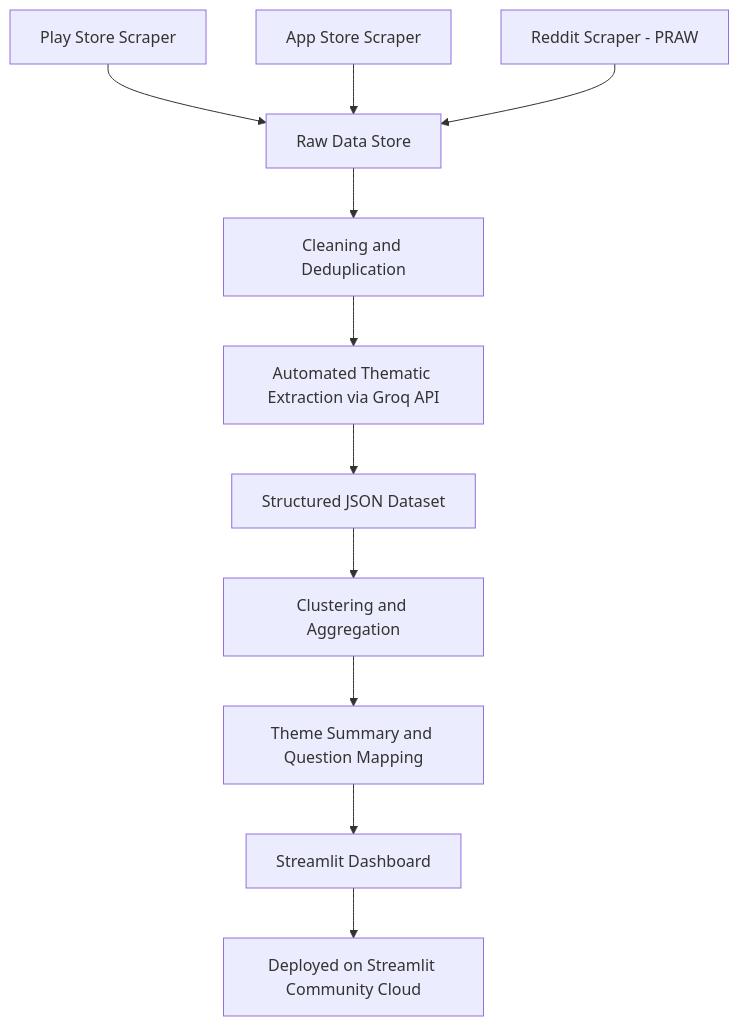
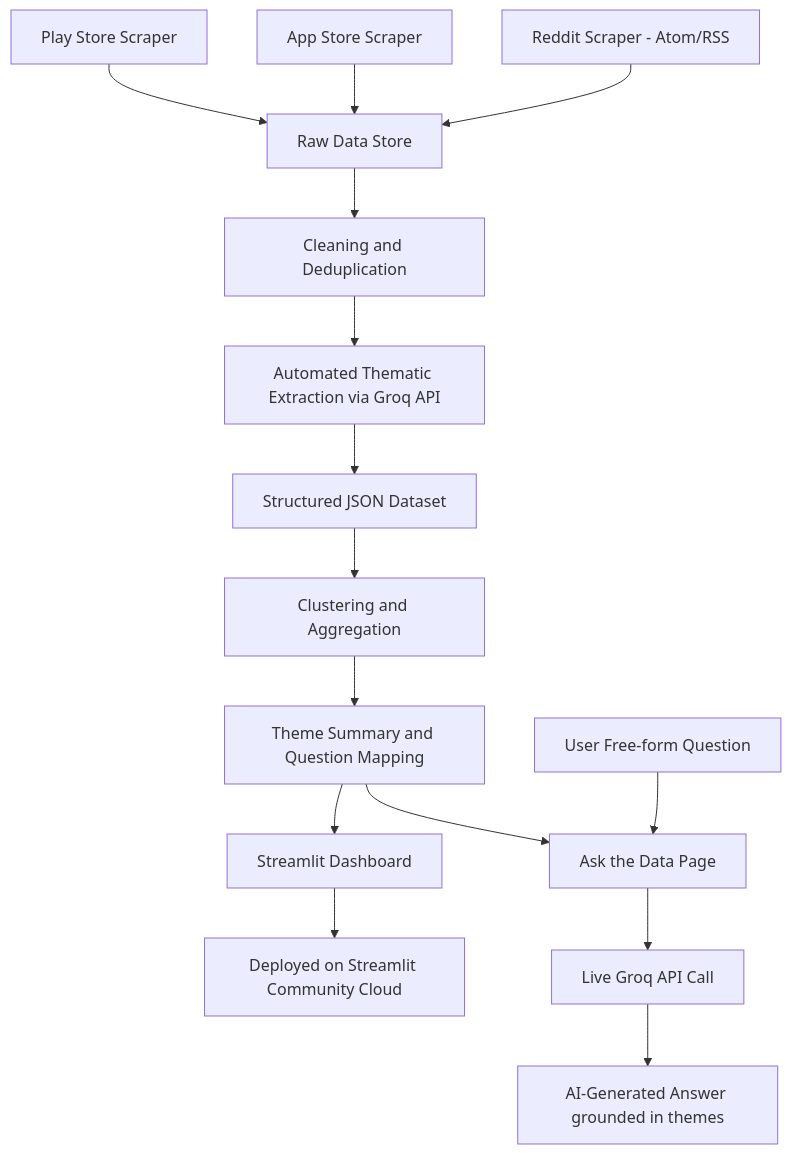
One commit to shhouraya/spotify-reviews-scraper changed the diagram in system_architecture.md. Above: the diagram before and after it, drawn with Mermaid. The commit also changed other lines of this file and 1 other file, not shown here.

Commit message:
Update docs to reflect Ask the Data page and final architecture

````diff
--- a/system_architecture.md
+++ b/system_architecture.md
@@ -26,13 +26,17 @@
 ```mermaid
 flowchart TD
     A[Play Store Scraper] --> D[Raw Data Store]
     B[App Store Scraper] --> D
-    C[Reddit Scraper - PRAW] --> D
+    C[Reddit Scraper - Atom/RSS] --> D
     D --> E[Cleaning and Deduplication]
     E --> F[Automated Thematic Extraction via Groq API]
     F --> G[Structured JSON Dataset]
     G --> H[Clustering and Aggregation]
     H --> I[Theme Summary and Question Mapping]
     I --> J[Streamlit Dashboard]
     J --> K[Deployed on Streamlit Community Cloud]
+    L[User Free-form Question] --> M[Ask the Data Page]
+    I --> M
+    M --> N[Live Groq API Call]
+    N --> O[AI-Generated Answer grounded in themes]
 ```
````
